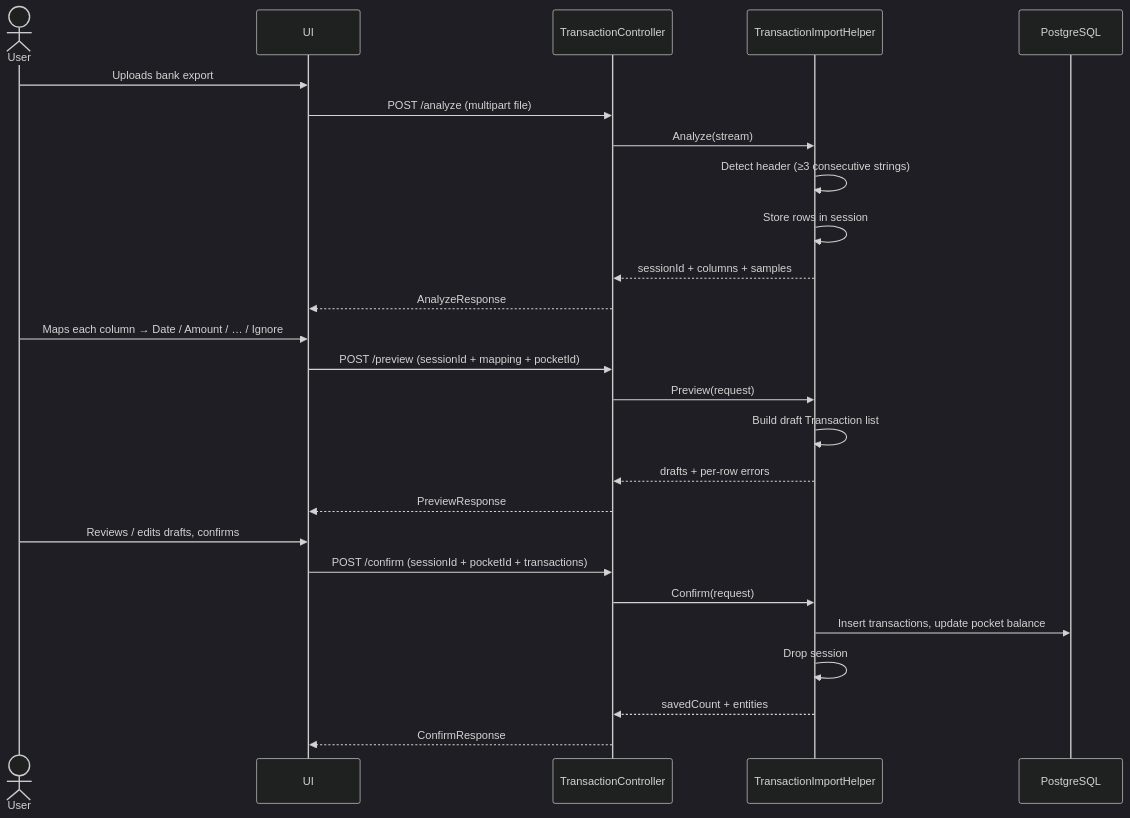
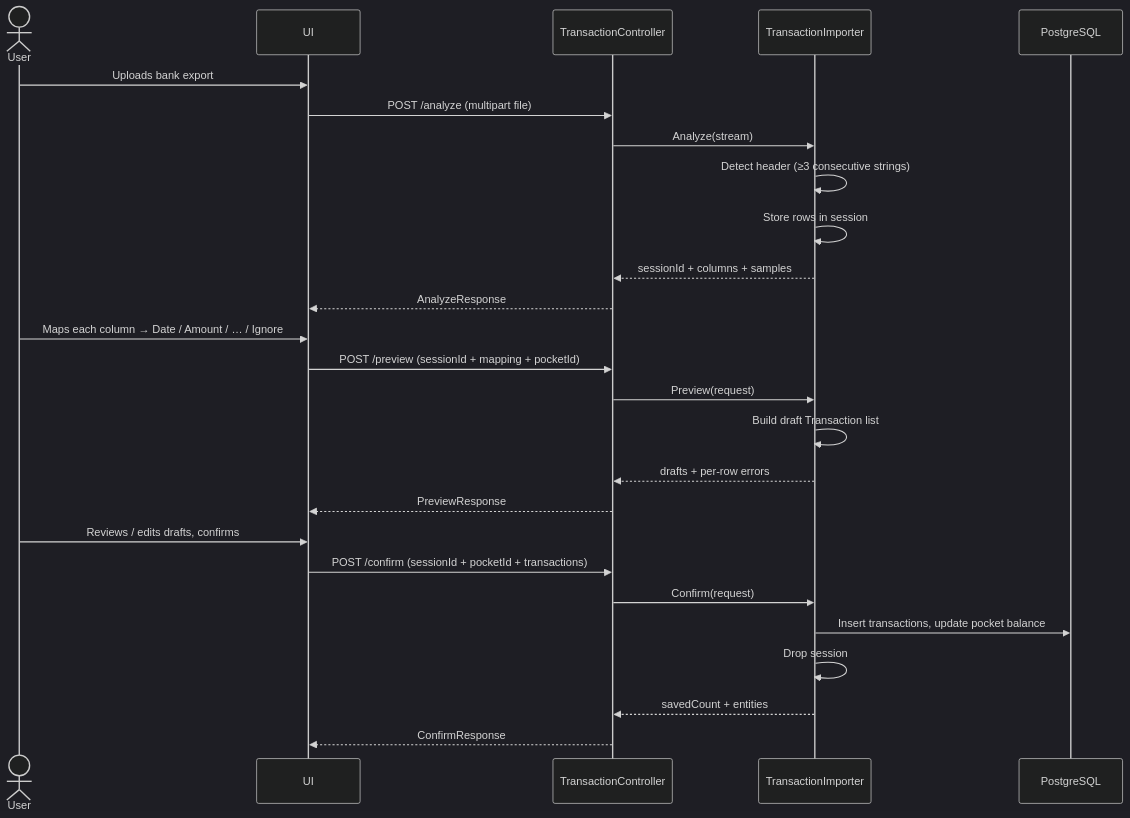
The second of 6 diagrams in backend/KeepItSimple.Api/TransactionImportFlow.md (NotThaDev/KeepItSimple), drawn with Mermaid (dark theme) before and after one commit. The commit also changed other lines of this file and 2 other files, not shown here.

````diff
--- a/backend/KeepItSimple.Api/TransactionImportFlow.md
+++ b/backend/KeepItSimple.Api/TransactionImportFlow.md
@@ -26,31 +26,31 @@
 ```mermaid
 sequenceDiagram
   actor User
   participant UI
   participant API as TransactionController
-  participant Helper as TransactionImportHelper
+  participant Importer as TransactionImporter
   participant DB as PostgreSQL
 
   User->>UI: Uploads bank export
   UI->>API: POST /analyze (multipart file)
-  API->>Helper: Analyze(stream)
-  Helper->>Helper: Detect header (≥3 consecutive strings)
-  Helper->>Helper: Store rows in session
-  Helper-->>API: sessionId + columns + samples
+  API->>Importer: Analyze(stream)
+  Importer->>Importer: Detect header (≥3 consecutive strings)
+  Importer->>Importer: Store rows in session
+  Importer-->>API: sessionId + columns + samples
   API-->>UI: AnalyzeResponse
 
   User->>UI: Maps each column → Date / Amount / … / Ignore
   UI->>API: POST /preview (sessionId + mapping + pocketId)
-  API->>Helper: Preview(request)
-  Helper->>Helper: Build draft Transaction list
-  Helper-->>API: drafts + per-row errors
+  API->>Importer: Preview(request)
+  Importer->>Importer: Build draft Transaction list
+  Importer-->>API: drafts + per-row errors
   API-->>UI: PreviewResponse
 
   User->>UI: Reviews / edits drafts, confirms
   UI->>API: POST /confirm (sessionId + pocketId + transactions)
-  API->>Helper: Confirm(request)
-  Helper->>DB: Insert transactions, update pocket balance
-  Helper->>Helper: Drop session
-  Helper-->>API: savedCount + entities
+  API->>Importer: Confirm(request)
+  Importer->>DB: Insert transactions, update pocket balance
+  Importer->>Importer: Drop session
+  Importer-->>API: savedCount + entities
   API-->>UI: ConfirmResponse
 ```
````
